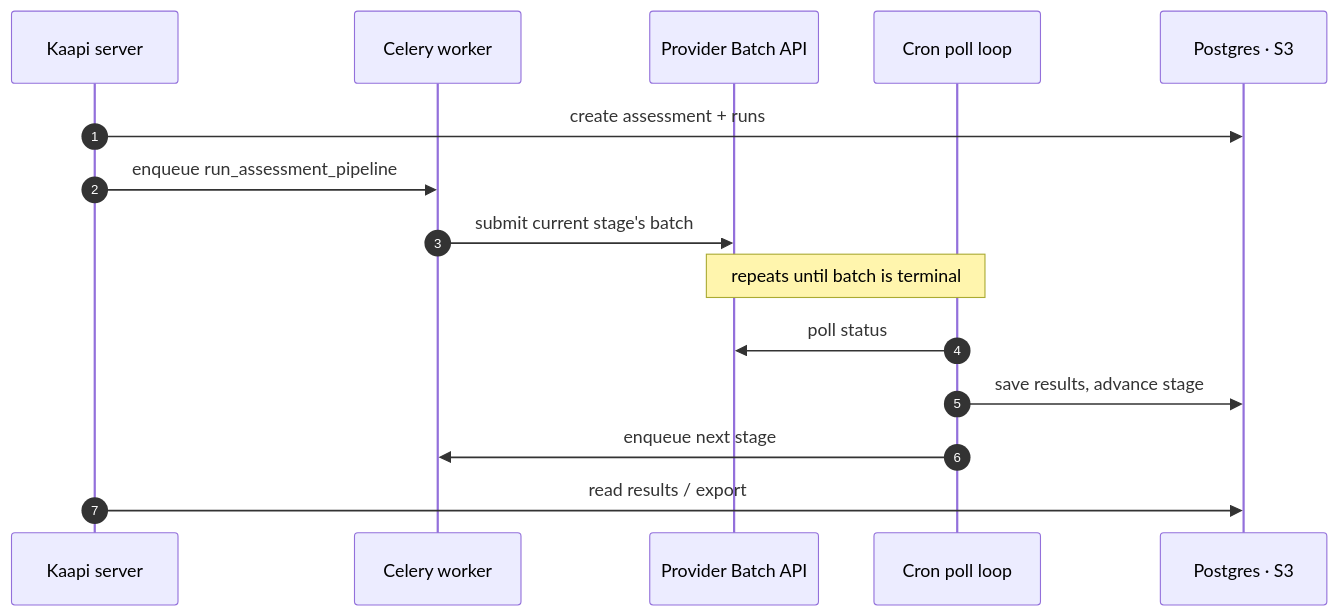
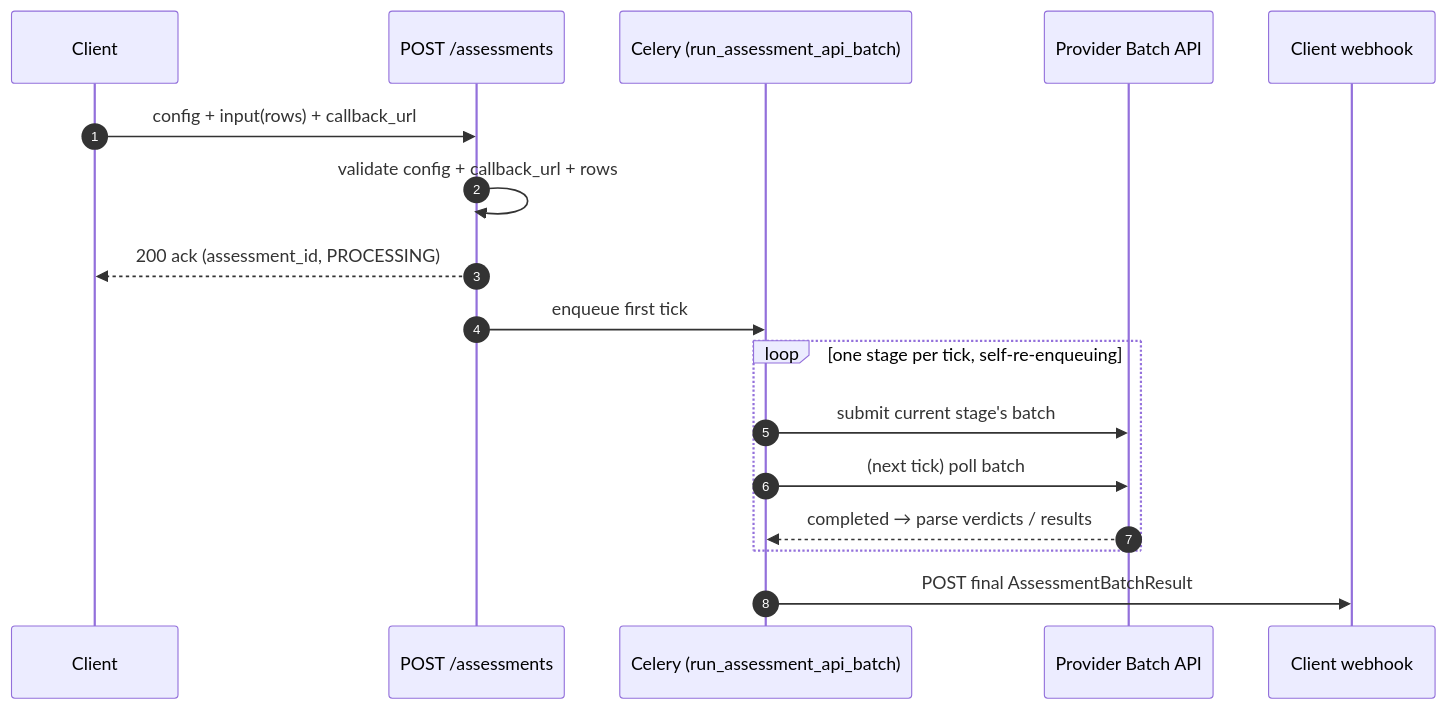
One commit to ProjectTech4DevAI/kaapi-backend changed the first of 4 diagrams in docs/architecture/kaapi-ai-assessment-ARCHITECTURE.md. Above: the diagram before and after it, drawn with Mermaid. The commit also changed other lines of this file and 6 other files, not shown here.

````diff
--- a/docs/architecture/kaapi-ai-assessment-ARCHITECTURE.md
+++ b/docs/architecture/kaapi-ai-assessment-ARCHITECTURE.md
@@ -111,18 +44,20 @@
 ```mermaid
 sequenceDiagram
     autonumber
-    participant S as Kaapi server
-    participant W as Celery worker
+    participant C as Client
+    participant S as POST /assessments
+    participant W as Celery (run_assessment_api_batch)
     participant P as Provider Batch API
-    participant Cron as Cron poll loop
-    participant DB as Postgres · S3
+    participant Hook as Client webhook
 
-    S->>DB: create assessment + runs
-    S->>W: enqueue run_assessment_pipeline
-    W->>P: submit current stage's batch
-    Note over Cron,P: repeats until batch is terminal
-    Cron->>P: poll status
-    Cron->>DB: save results, advance stage
-    Cron->>W: enqueue next stage
-    S->>DB: read results / export
+    C->>S: config + input(rows) + callback_url
+    S->>S: validate config + callback_url + rows
+    S-->>C: 200 ack (assessment_id, PROCESSING)
+    S->>W: enqueue first tick
+    loop one stage per tick, self-re-enqueuing
+        W->>P: submit current stage's batch
+        W->>P: (next tick) poll batch
+        P-->>W: completed → parse verdicts / results
+    end
+    W->>Hook: POST final AssessmentBatchResult
 ```
````
